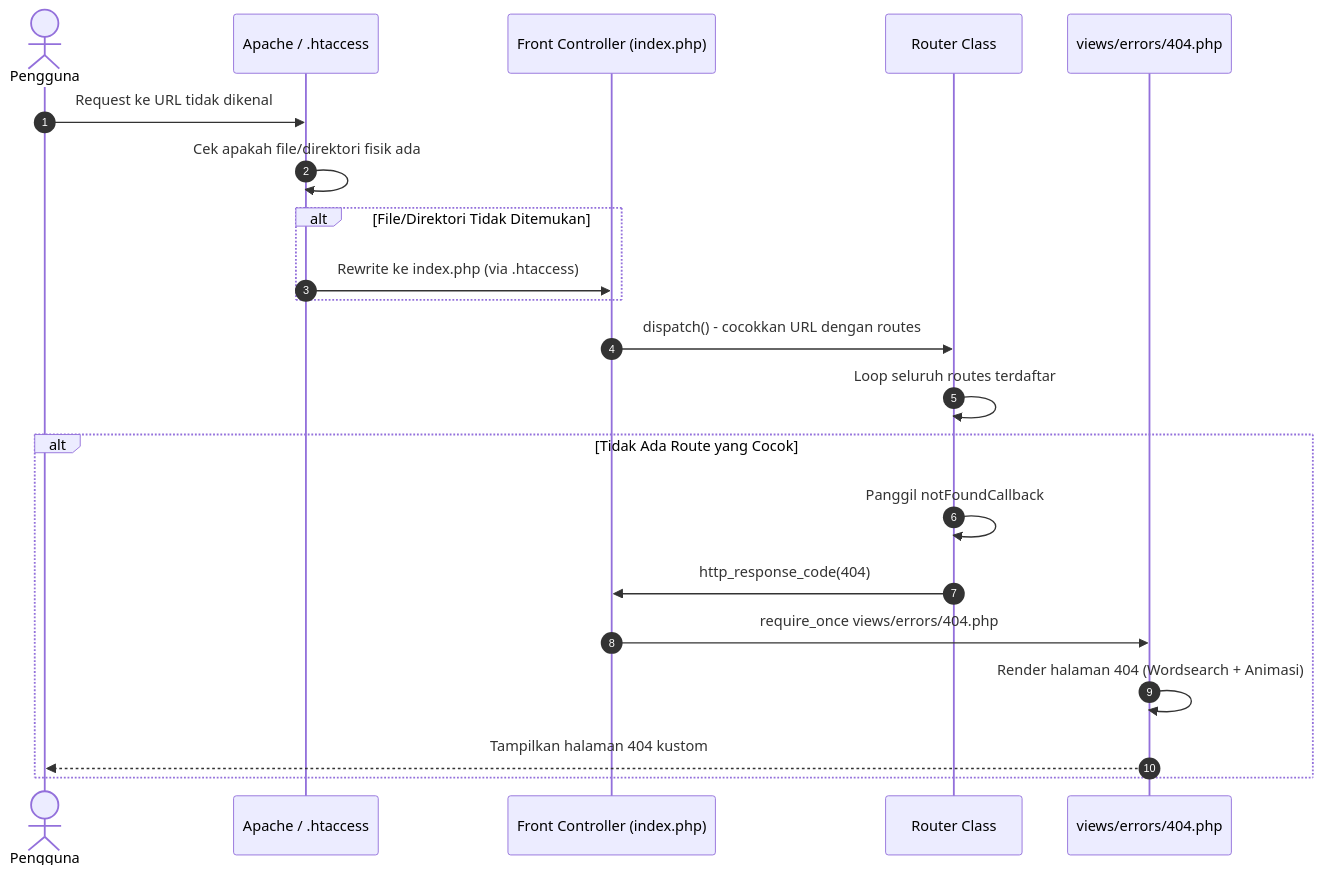
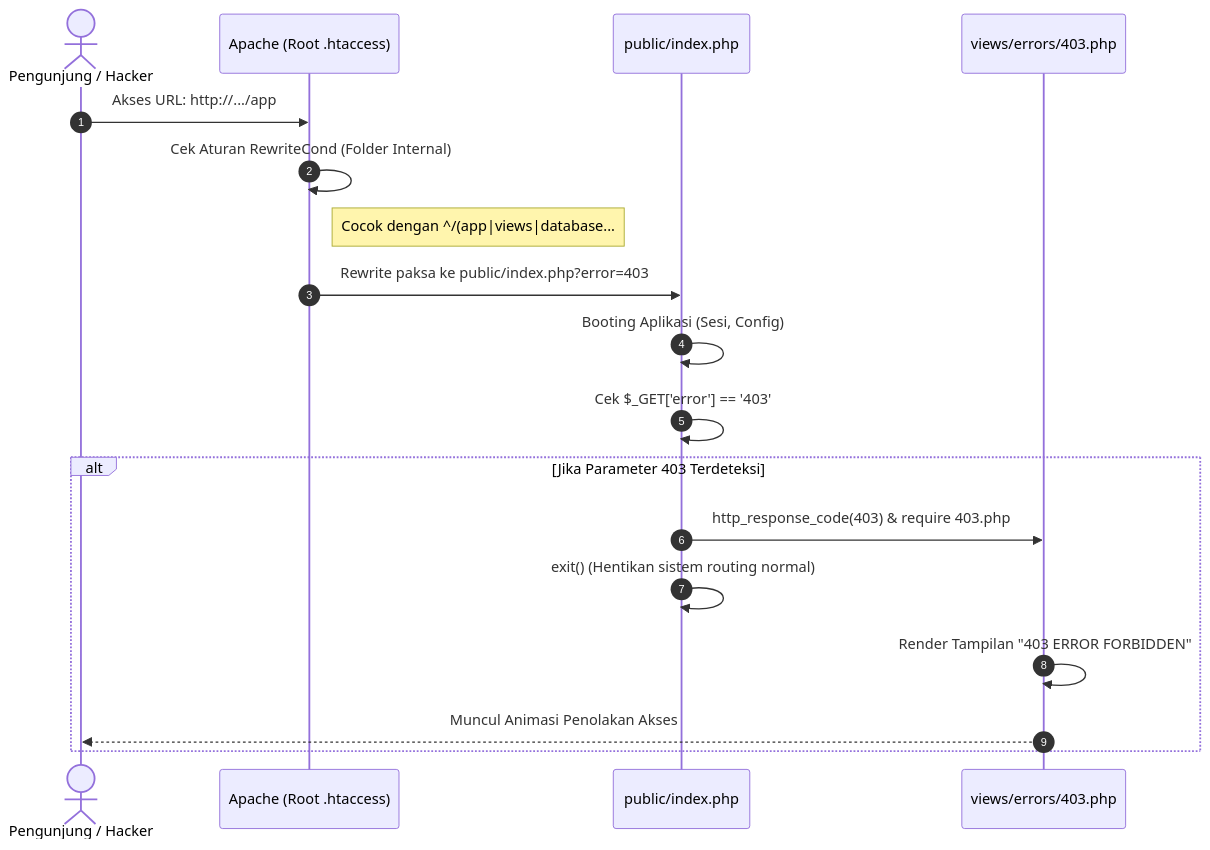
The diagram in request/walkhtrough/Dokumentasi 11-06.md (useripx/KSP_Harapan_Mulya), drawn with Mermaid before and after one commit. The commit also changed other lines of this file and 2 other files, not shown here.

````diff
--- a/request/walkhtrough/Dokumentasi 11-06.md
+++ b/request/walkhtrough/Dokumentasi 11-06.md
@@ -57,27 +54,26 @@
 ```mermaid
 sequenceDiagram
     autonumber
-    actor User as Pengguna
-    participant Apache as Apache / .htaccess
-    participant PHP as Front Controller (index.php)
-    participant Router as Router Class
-    participant View as views/errors/404.php
+    actor Hacker as Pengunjung / Hacker
+    participant Apache as Apache (Root .htaccess)
+    participant PHP as public/index.php
+    participant View as views/errors/403.php
 
-    User->>Apache: Request ke URL tidak dikenal
-    Apache->>Apache: Cek apakah file/direktori fisik ada
-    
-    alt File/Direktori Tidak Ditemukan
-        Apache->>PHP: Rewrite ke index.php (via .htaccess)
-    end
-    
-    PHP->>Router: dispatch() - cocokkan URL dengan routes
-    Router->>Router: Loop seluruh routes terdaftar
-    
-    alt Tidak Ada Route yang Cocok
-        Router->>Router: Panggil notFoundCallback
-        Router->>PHP: http_response_code(404)
-        PHP->>View: require_once views/errors/404.php
-        View->>View: Render halaman 404 (Wordsearch + Animasi)
-        View-->>User: Tampilkan halaman 404 kustom
+    Hacker->>Apache: Akses URL: http://.../app
+  
+    Apache->>Apache: Cek Aturan RewriteCond (Folder Internal)
+  
+    note right of Apache: Cocok dengan ^/(app|views|database...
+  
+    Apache->>PHP: Rewrite paksa ke public/index.php?error=403
+  
+    PHP->>PHP: Booting Aplikasi (Sesi, Config)
+    PHP->>PHP: Cek $_GET['error'] == '403'
+  
+    alt Jika Parameter 403 Terdeteksi
+        PHP->>View: http_response_code(403) & require 403.php
+        PHP->>PHP: exit() (Hentikan sistem routing normal)
+        View->>View: Render Tampilan "403 ERROR FORBIDDEN"
+        View-->>Hacker: Muncul Animasi Penolakan Akses
     end
 ```
````
